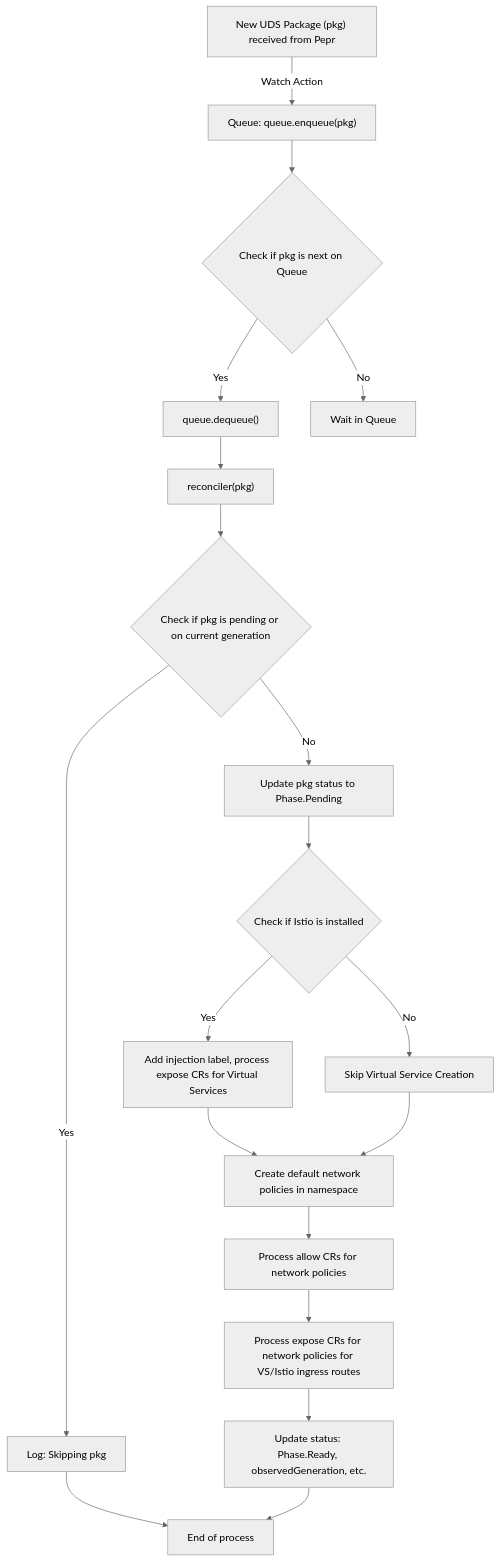
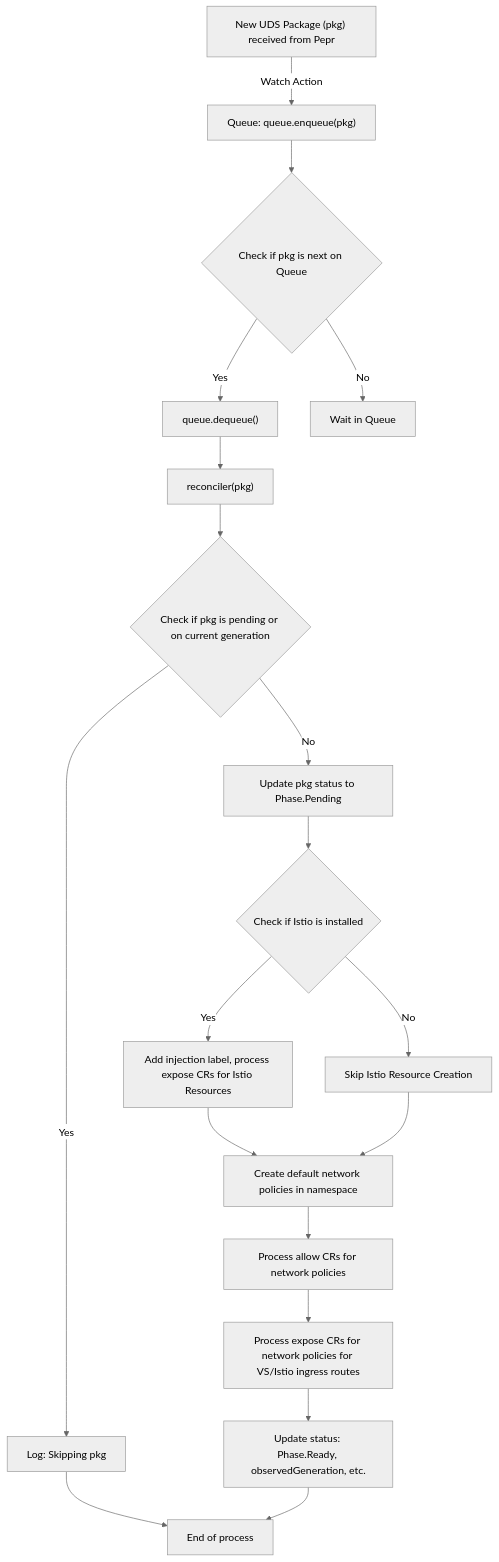
Before and after one commit to defenseunicorns/uds-core: the diagram in src/pepr/operator/README.md, drawn with Mermaid (neutral theme).

````diff
--- a/src/pepr/operator/README.md
+++ b/src/pepr/operator/README.md
@@ -188,21 +188,21 @@
 ```mermaid
 graph TD
     A["New UDS Package (pkg) received from Pepr"] -->|Watch Action| B["Queue: queue.enqueue(pkg)"]
     B --> C{"Check if pkg is next on Queue"}
     C -->|Yes| D["queue.dequeue()"]
     C -->|No| E["Wait in Queue"]
     D --> F["reconciler(pkg)"]
     F --> G{"Check if pkg is pending or on current generation"}
     G -->|Yes| H["Log: Skipping pkg"]
     G -->|No| I["Update pkg status to Phase.Pending"]
     I --> J{"Check if Istio is installed"}
-    J -->|Yes| K["Add injection label, process expose CRs for Virtual Services"]
-    J -->|No| L["Skip Virtual Service Creation"]
+    J -->|Yes| K["Add injection label, process expose CRs for Istio Resources"]
+    J -->|No| L["Skip Istio Resource Creation"]
     K --> M["Create default network policies in namespace"]
     L --> M
     M --> N["Process allow CRs for network policies"]
     N --> O["Process expose CRs for network policies for VS/Istio ingress routes"]
     O --> P["Update status: Phase.Ready, observedGeneration, etc."]
     H --> Q["End of process"]
     P --> Q
 ```
````
